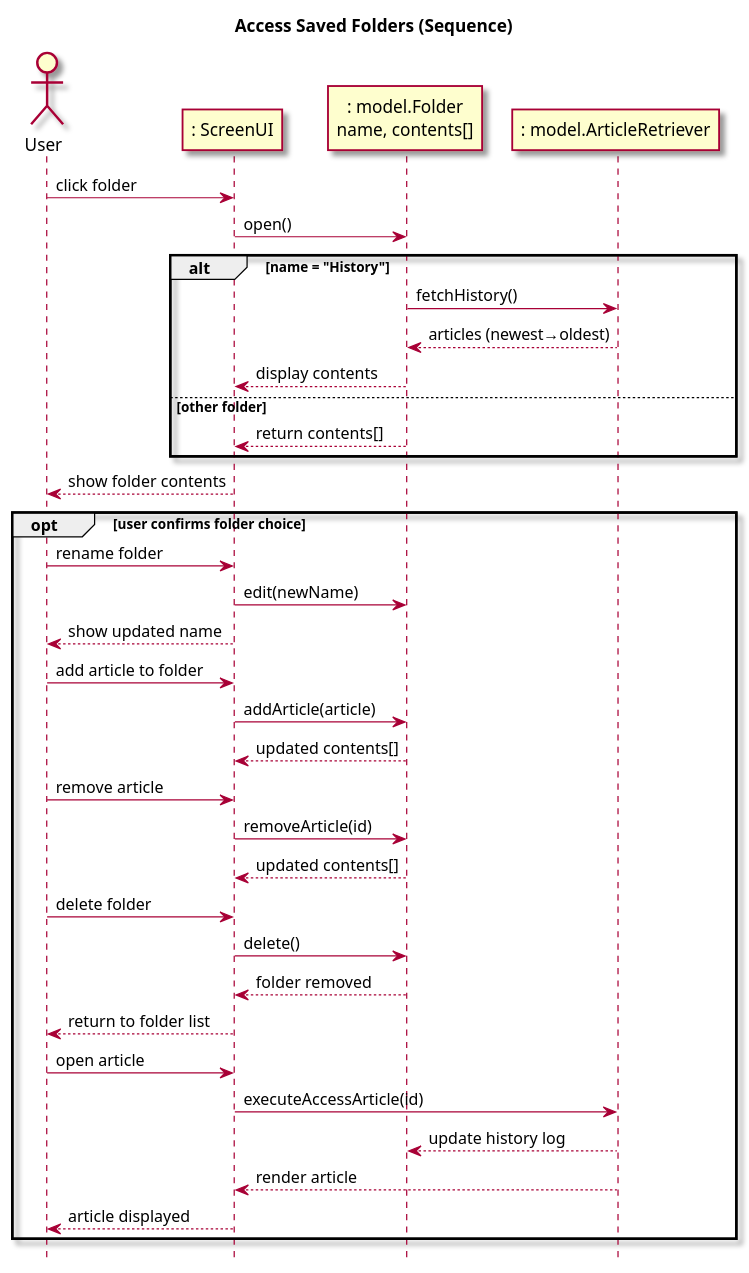
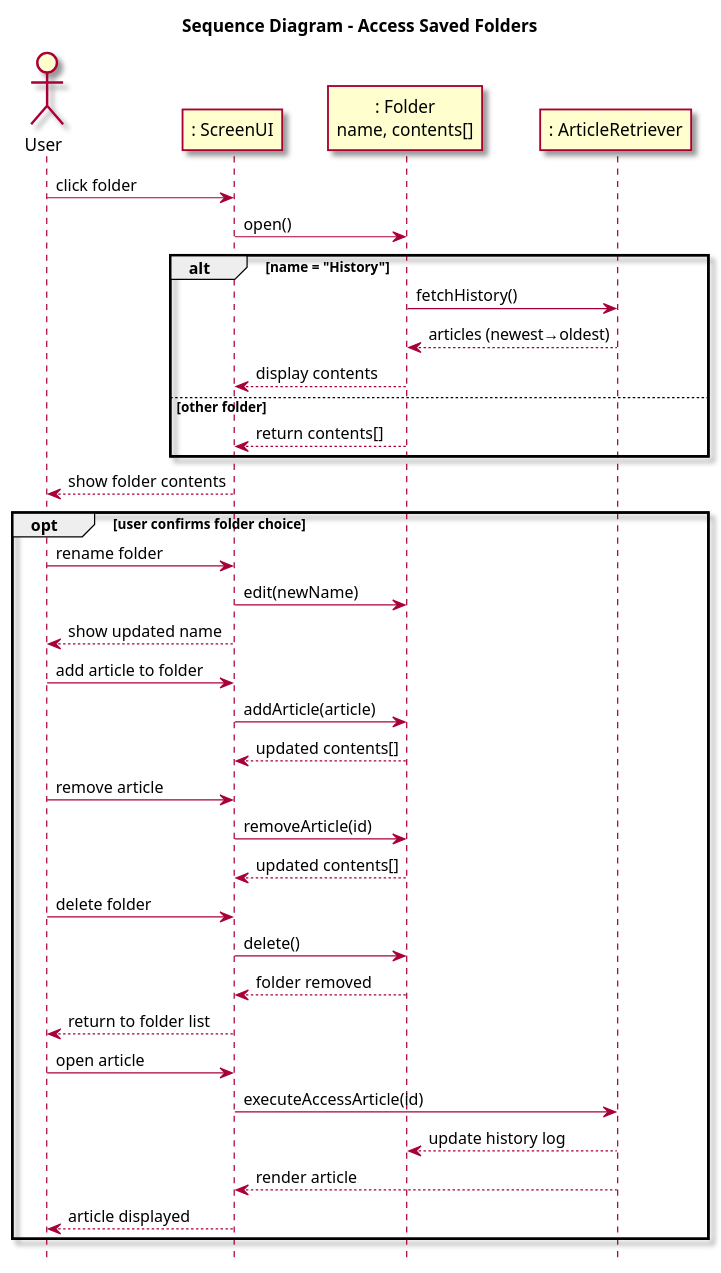
Before and after one commit to owhitleym-ui/EcoScoop: the second of 2 diagrams in intellij/doc/use-cases/access-saved-folders.md, drawn with PlantUML. The commit also changed 2 other files, not shown here.

Commit message:
Updated Sequence Diagrams and Test Report

````diff
--- a/intellij/doc/use-cases/access-saved-folders.md
+++ b/intellij/doc/use-cases/access-saved-folders.md
@@ -76,59 +76,59 @@
 ```plantuml
 @startuml
 skin rose
 hide footbox
 
-title Access Saved Folders (Sequence)
+title Sequence Diagram - Access Saved Folders
 
 actor User
-participant ": ScreenUI" as view.UI
-participant ": model.Folder\nname, contents[]" as model.Folder
-participant ": model.ArticleRetriever" as model.ArticleRetriever
+participant ": ScreenUI" as UI
+participant ": Folder\nname, contents[]" as Folder
+participant ": ArticleRetriever" as ArticleRetriever
 
-User -> view.UI : click folder
-view.UI -> model.Folder : open()
+User -> UI : click folder
+UI -> Folder : open()
 
 alt name = "History"
-    model.Folder -> model.ArticleRetriever : fetchHistory()
-    model.ArticleRetriever --> model.Folder : articles (newest→oldest)
-    model.Folder --> view.UI : display contents
+    Folder -> ArticleRetriever : fetchHistory()
+    ArticleRetriever --> Folder : articles (newest→oldest)
+    Folder --> UI : display contents
 else other folder
-    model.Folder --> view.UI : return contents[]
+    Folder --> UI : return contents[]
 end
 
-view.UI --> User : show folder contents
+UI --> User : show folder contents
 
 opt user confirms folder choice
 
 ' Rename
-User -> view.UI : rename folder
-view.UI -> model.Folder : edit(newName)
-view.UI --> User : show updated name
+User -> UI : rename folder
+UI -> Folder : edit(newName)
+UI --> User : show updated name
 
 ' Add article
-User -> view.UI : add article to folder
-view.UI -> model.Folder : addArticle(article)
-model.Folder --> view.UI : updated contents[]
+User -> UI : add article to folder
+UI -> Folder : addArticle(article)
+Folder --> UI : updated contents[]
 
 ' Remove article
-User -> view.UI : remove article
-view.UI -> model.Folder : removeArticle(id)
-model.Folder --> view.UI : updated contents[]
+User -> UI : remove article
+UI -> Folder : removeArticle(id)
+Folder --> UI : updated contents[]
 
 ' Delete folder
-    User -> view.UI : delete folder
-    view.UI -> model.Folder : delete()
-    model.Folder --> view.UI : folder removed
-    view.UI --> User : return to folder list
+    User -> UI : delete folder
+    UI -> Folder : delete()
+    Folder --> UI : folder removed
+    UI --> User : return to folder list
 
-User -> view.UI : open article
-view.UI -> model.ArticleRetriever : executeAccessArticle(id)
-model.ArticleRetriever --> model.Folder : update history log
-model.ArticleRetriever --> view.UI : render article
-view.UI --> User : article displayed
+User -> UI : open article
+UI -> ArticleRetriever : executeAccessArticle(id)
+ArticleRetriever --> Folder : update history log
+ArticleRetriever --> UI : render article
+UI --> User : article displayed
 
 end
 
 
 @enduml
 ```
````
